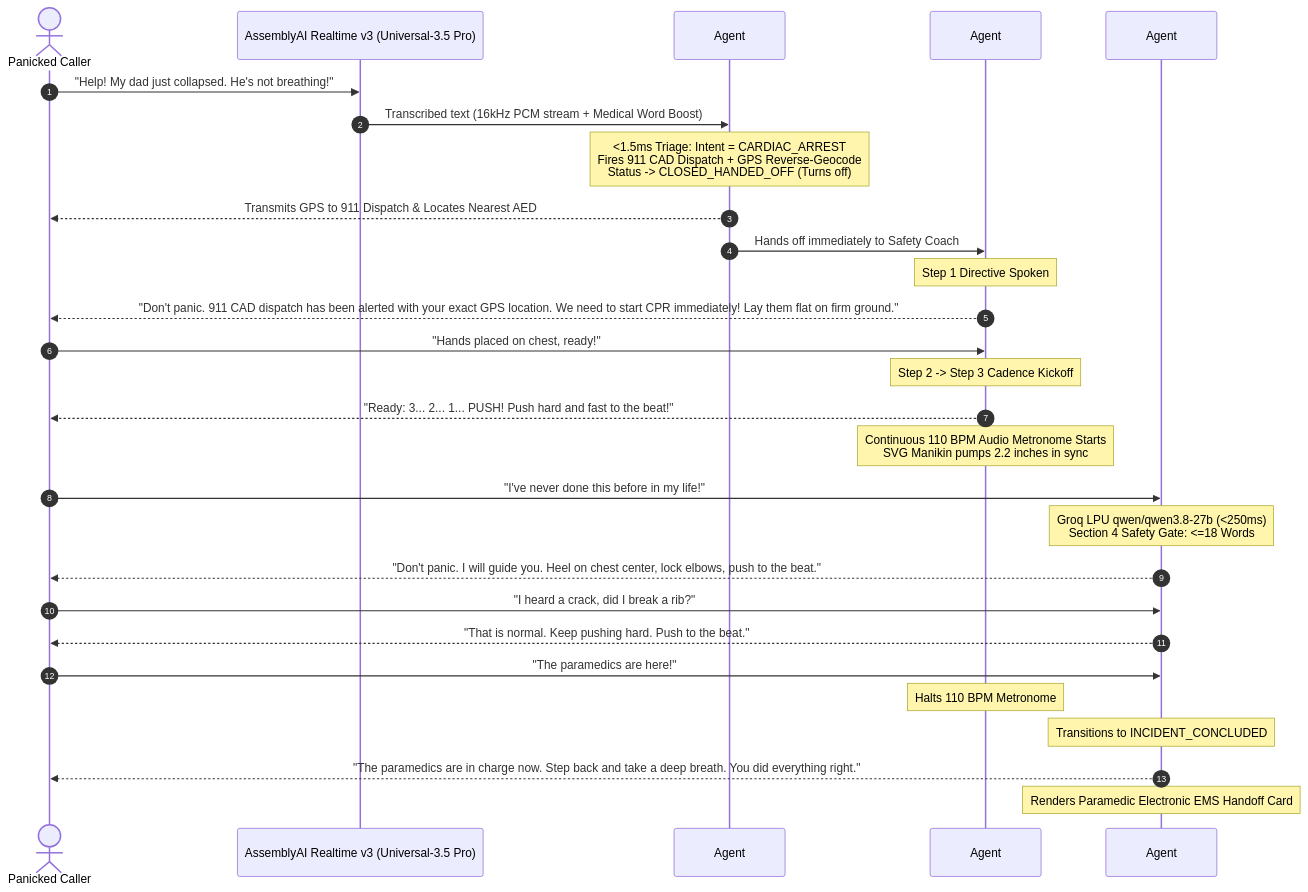
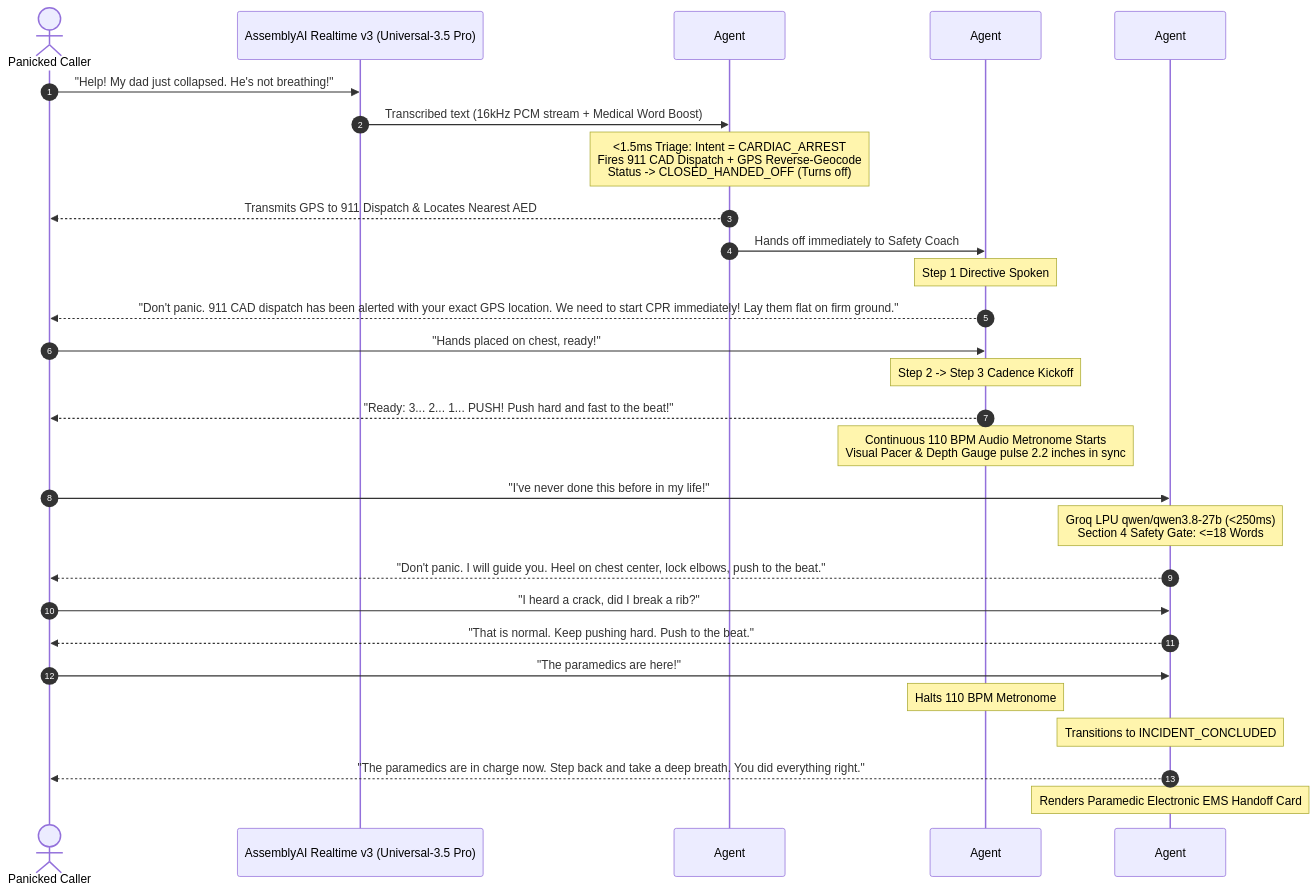
One commit to ranazain9/keepalive changed the diagram in README.md. Above: the diagram before and after it, drawn with Mermaid. The commit also changed other lines of this file and 56 other files, not shown here.

Commit message:
docs: add MIT license, update README with full-stack architecture, and add client cockpit

````diff
--- a/README.md
+++ b/README.md
@@ -33,36 +33,36 @@
 ```mermaid
 sequenceDiagram
     autonumber
     actor Rescuer as Panicked Caller
     participant STT as AssemblyAI Realtime v3 (Universal-3.5 Pro)
     participant A1 as Agent #1 (Triage & CAD Dispatch)
     participant A2 as Agent #2 (Safety Coach & Metronome)
     participant A3 as Agent #3 (Groq LPU Resuscitation LLM)
 
     Rescuer->>STT: "Help! My dad just collapsed. He's not breathing!"
     STT->>A1: Transcribed text (16kHz PCM stream + Medical Word Boost)
     Note over A1: <1.5ms Triage: Intent = CARDIAC_ARREST<br/>Fires 911 CAD Dispatch + GPS Reverse-Geocode<br/>Status -> CLOSED_HANDED_OFF (Turns off)
     A1-->>Rescuer: Transmits GPS to 911 Dispatch & Locates Nearest AED
 
     A1->>A2: Hands off immediately to Safety Coach
     Note over A2: Step 1 Directive Spoken
     A2-->>Rescuer: "Don't panic. 911 CAD dispatch has been alerted with your exact GPS location. We need to start CPR immediately! Lay them flat on firm ground."
 
     Rescuer->>A2: "Hands placed on chest, ready!"
     Note over A2: Step 2 -> Step 3 Cadence Kickoff
     A2-->>Rescuer: "Ready: 3... 2... 1... PUSH! Push hard and fast to the beat!"
-    Note over A2: Continuous 110 BPM Audio Metronome Starts<br/>SVG Manikin pumps 2.2 inches in sync
+    Note over A2: Continuous 110 BPM Audio Metronome Starts<br/>Visual Pacer & Depth Gauge pulse 2.2 inches in sync
 
     Rescuer->>A3: "I've never done this before in my life!"
     Note over A3: Groq LPU qwen/qwen3.8-27b (<250ms)<br/>Section 4 Safety Gate: <=18 Words
     A3-->>Rescuer: "Don't panic. I will guide you. Heel on chest center, lock elbows, push to the beat."
 
     Rescuer->>A3: "I heard a crack, did I break a rib?"
     A3-->>Rescuer: "That is normal. Keep pushing hard. Push to the beat."
 
     Rescuer->>A3: "The paramedics are here!"
     Note over A2: Halts 110 BPM Metronome
     Note over A3: Transitions to INCIDENT_CONCLUDED
     A3-->>Rescuer: "The paramedics are in charge now. Step back and take a deep breath. You did everything right."
     Note over A3: Renders Paramedic Electronic EMS Handoff Card
 ```
````
